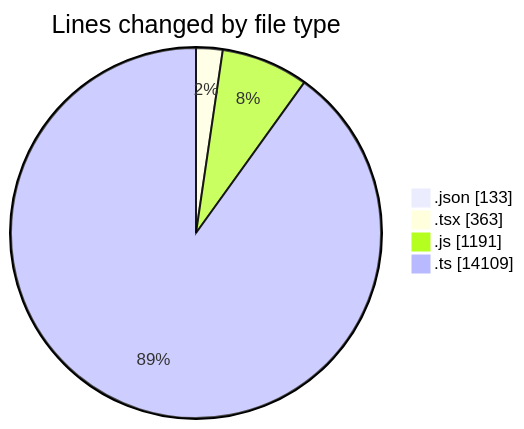
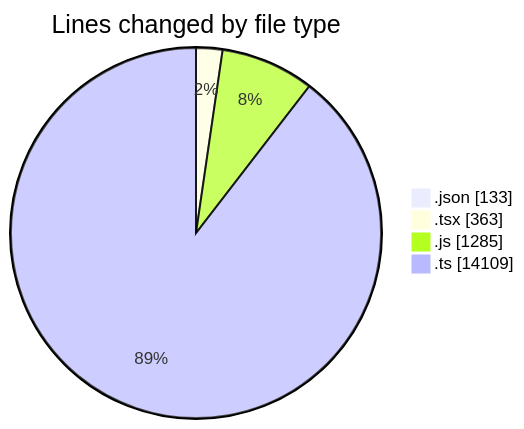
One commit to momahboobian/code-tracking changed the first of 2 diagrams in 2026-01-14/cda/README.md. Above: the diagram before and after it, drawn with Mermaid. The commit also changed other lines of this file and 1 other file, not shown here.

````diff
--- a/2026-01-14/cda/README.md
+++ b/2026-01-14/cda/README.md
@@ -30,8 +31,8 @@
 ```mermaid
 pie showData
 title Lines changed by file type
 ".json" : 133
 ".tsx" : 363
-".js" : 1191
+".js" : 1285
 ".ts" : 14109
 ```
````
